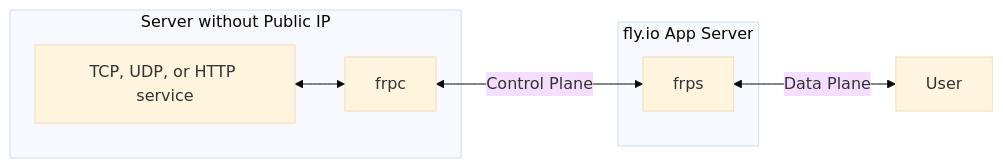
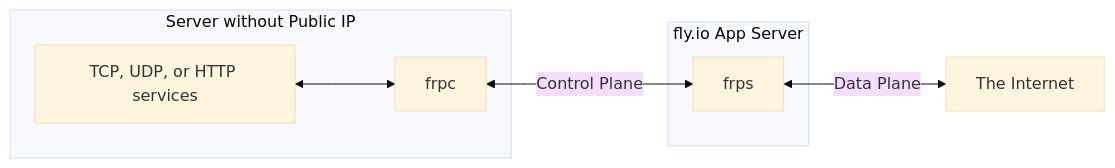
Before and after one commit to FarelRA/xray-flyapp: the first of 3 diagrams in README.md, drawn with Mermaid (base theme). The commit also changed other lines of this file, not shown here.

Commit message:
Update `Architecture` graph in README.md

````diff
--- a/README.md
+++ b/README.md
@@ -20,11 +20,15 @@
 ```mermaid
-flowchart RL
-  User <--> |Data Plane| frps
-  frps <--> |Control Plane| frpc
-  subgraph flyapp [fly.io App Server]
-    frps
-  end
-  subgraph ServerNoPublicIP [Server without Public IP]
-    frpc <--> Service[TCP, UDP, or HTTP service]
-  end
+flowchart LR
+	subgraph ServerNoPublicIP["Server without Public IP"]
+		Services["TCP, UDP, or HTTP services"]
+		frpc["frpc"]
+	end
+	subgraph flyapp["fly.io App Server"]
+		frps["frps"]
+	end
+	Internet["The Internet"]
+
+    Services <---> frpc
+    frpc <--> |Control Plane| frps
+    frps <--> |Data Plane| Internet
 ```
````
